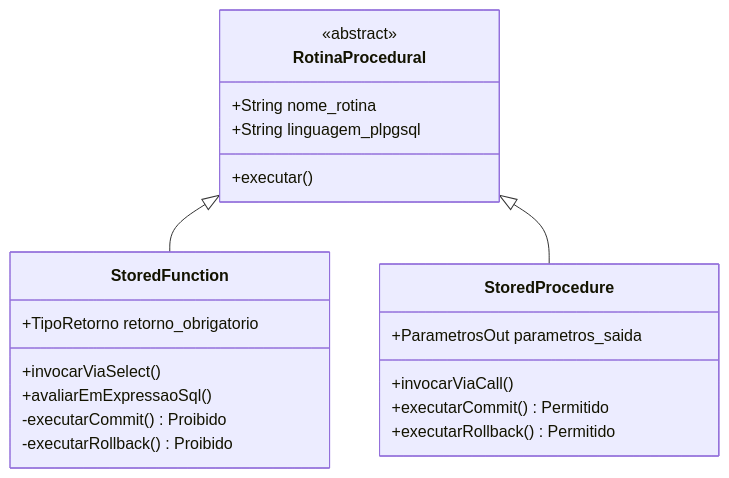
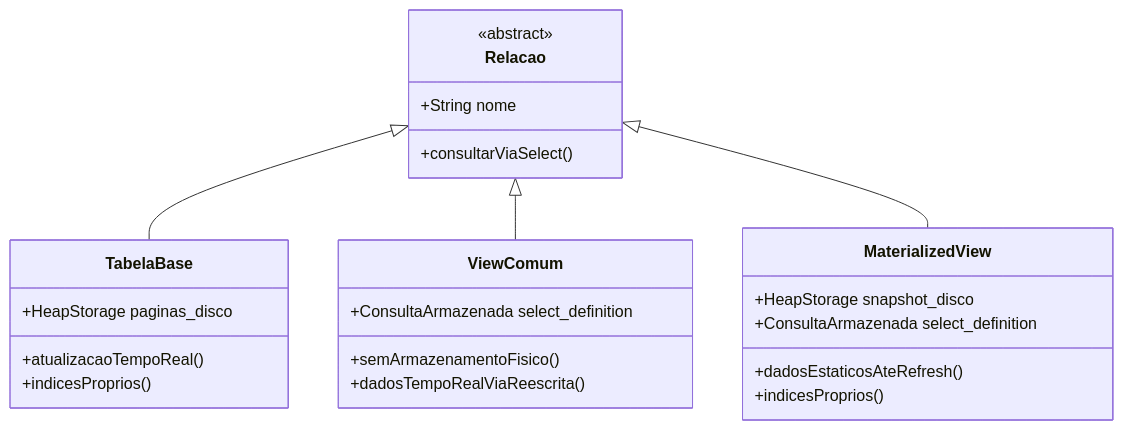
Before and after one commit to murilolol/unifef: the third of 13 diagrams in 4º Semestre/[Prof. Welington Garcia] Tópicos Avançados em Banco de Dados/Resumos-IA/Caderno-Consolidado.md, drawn with Mermaid. The commit also changed other lines of this file and 25 other files, not shown here.

````diff
--- a/4º Semestre/[Prof. Welington Garcia] Tópicos Avançados em Banco de Dados/Resumos-IA/Caderno-Consolidado.md
+++ b/4º Semestre/[Prof. Welington Garcia] Tópicos Avançados em Banco de Dados/Resumos-IA/Caderno-Consolidado.md
@@ -293,24 +294,27 @@
 ```mermaid
 classDiagram
-  class RotinaProcedural {
+  class Relacao {
     <<abstract>>
-    +String nome_rotina
-    +String linguagem_plpgsql
-    +executar()
+    +String nome
+    +consultarViaSelect()
   }
-  class StoredFunction {
-    +TipoRetorno retorno_obrigatorio
-    +invocarViaSelect()
-    +avaliarEmExpressaoSql()
-    -executarCommit() Proibido
-    -executarRollback() Proibido
+  class TabelaBase {
+    +HeapStorage paginas_disco
+    +atualizacaoTempoReal()
+    +indicesProprios()
   }
-  class StoredProcedure {
-    +ParametrosOut parametros_saida
-    +invocarViaCall()
-    +executarCommit() Permitido
-    +executarRollback() Permitido
+  class ViewComum {
+    +ConsultaArmazenada select_definition
+    +semArmazenamentoFisico()
+    +dadosTempoRealViaReescrita()
   }
-  RotinaProcedural <|-- StoredFunction
-  RotinaProcedural <|-- StoredProcedure
+  class MaterializedView {
+    +HeapStorage snapshot_disco
+    +ConsultaArmazenada select_definition
+    +dadosEstaticosAteRefresh()
+    +indicesProprios()
+  }
+  Relacao <|-- TabelaBase
+  Relacao <|-- ViewComum
+  Relacao <|-- MaterializedView
 ```
````
